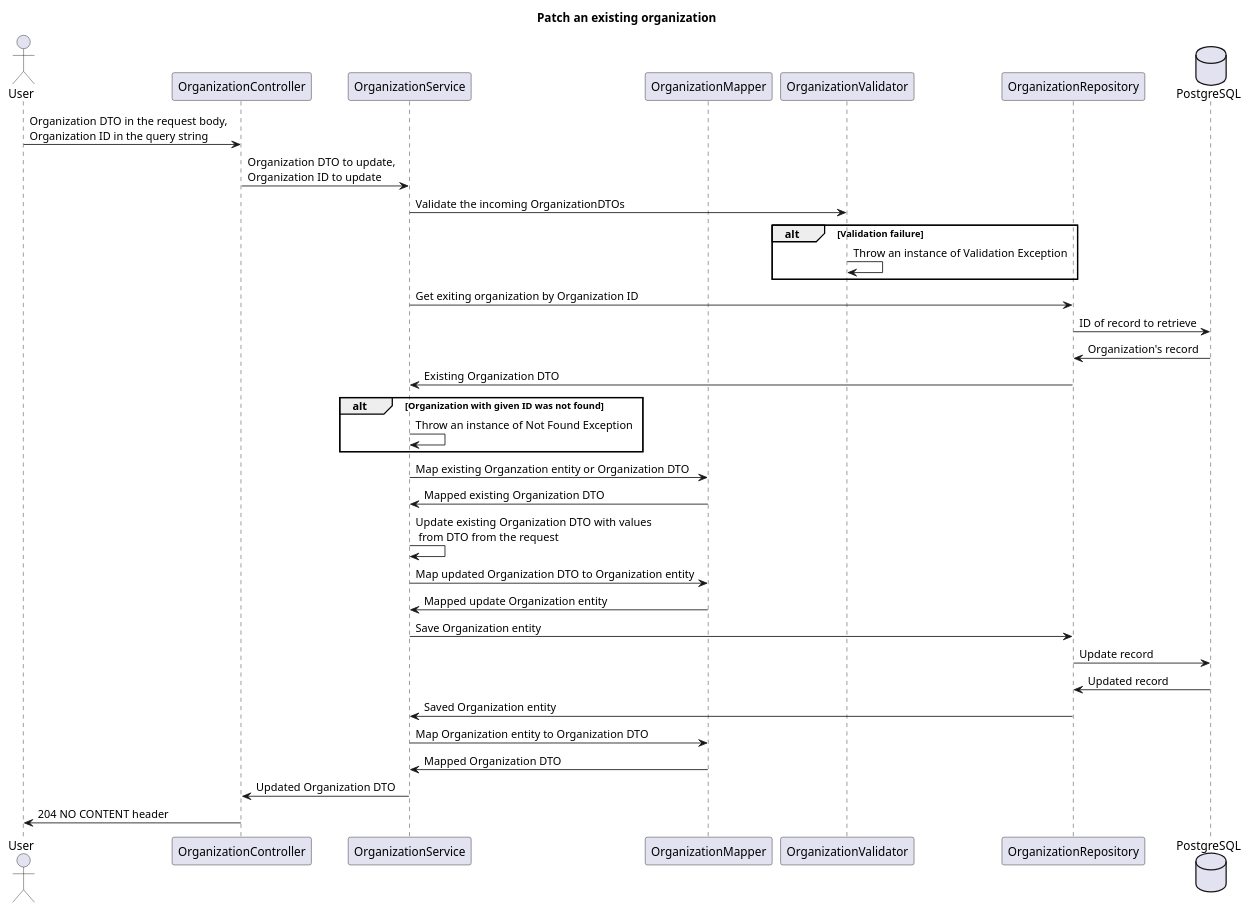
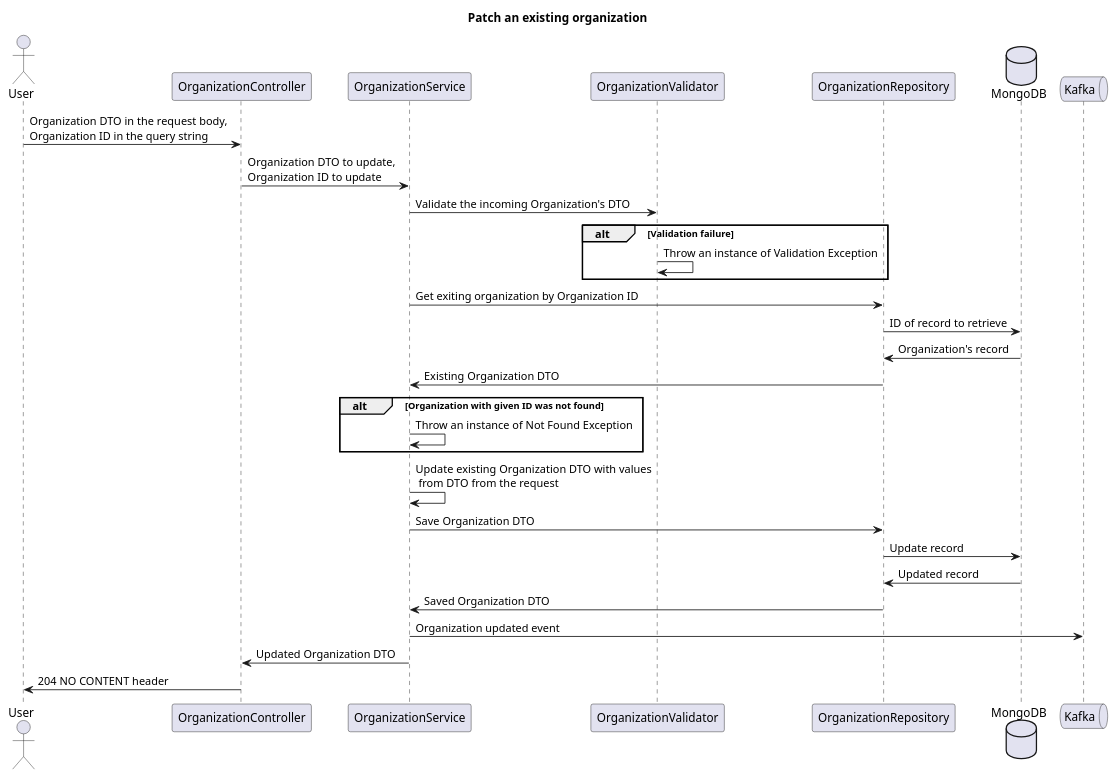
The diagram in Customer Service/As to be/New REST endpoints/03. organizations patch existing.puml (Aleksandr-Barmin/misc-diagrams), drawn with PlantUML before and after one commit. The commit also changed 7 other files, not shown here.

```diff
--- a/Customer Service/As to be/New REST endpoints/03. organizations patch existing.puml
+++ b/Customer Service/As to be/New REST endpoints/03. organizations patch existing.puml
@@ -1,47 +1,40 @@
 @startuml Patch an existing organization
     title Patch an existing organization
 
     actor User as user
     participant OrganizationController as organizationController
     participant OrganizationService as organizationService
-    participant OrganizationMapper as organizationMapper
     participant OrganizationValidator as organizationValidator
     participant OrganizationRepository as organizationRepository
-    database PostgreSQL as db
+    database MongoDB as db
+    queue Kafka as kafka
 
     user -> organizationController: Organization DTO in the request body,\nOrganization ID in the query string
         organizationController -> organizationService: Organization DTO to update,\nOrganization ID to update
 
-            organizationService -> organizationValidator: Validate the incoming OrganizationDTOs
+            organizationService -> organizationValidator: Validate the incoming Organization's DTO
             alt Validation failure
                 organizationValidator -> organizationValidator: Throw an instance of Validation Exception
             end
 
             organizationService -> organizationRepository: Get exiting organization by Organization ID
                 organizationRepository -> db: ID of record to retrieve
                 db -> organizationRepository: Organization's record            
             organizationRepository -> organizationService: Existing Organization DTO
             
             alt Organization with given ID was not found
                 organizationService -> organizationService: Throw an instance of Not Found Exception
             end 
 
-            organizationService -> organizationMapper: Map existing Organzation entity or Organization DTO
-            organizationMapper -> organizationService: Mapped existing Organization DTO
-
             organizationService -> organizationService: Update existing Organization DTO with values\n from DTO from the request
 
-            organizationService -> organizationMapper: Map updated Organization DTO to Organization entity
-            organizationMapper -> organizationService: Mapped update Organization entity
-
-            organizationService -> organizationRepository: Save Organization entity
+            organizationService -> organizationRepository: Save Organization DTO
                 organizationRepository -> db: Update record
                 db -> organizationRepository: Updated record
-            organizationRepository -> organizationService: Saved Organization entity
+            organizationRepository -> organizationService: Saved Organization DTO
 
-            organizationService -> organizationMapper: Map Organization entity to Organization DTO
-            organizationMapper -> organizationService: Mapped Organization DTO
+            organizationService -> kafka: Organization updated event
 
         organizationService -> organizationController: Updated Organization DTO
     organizationController -> user: 204 NO CONTENT header
 @enduml
```
